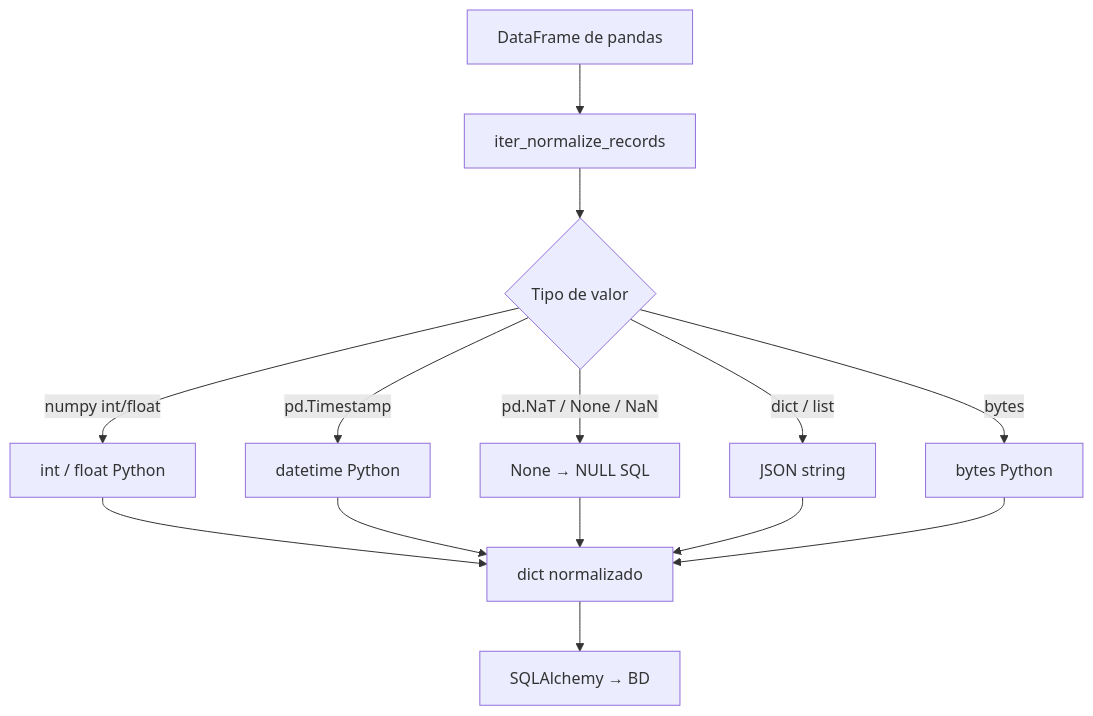
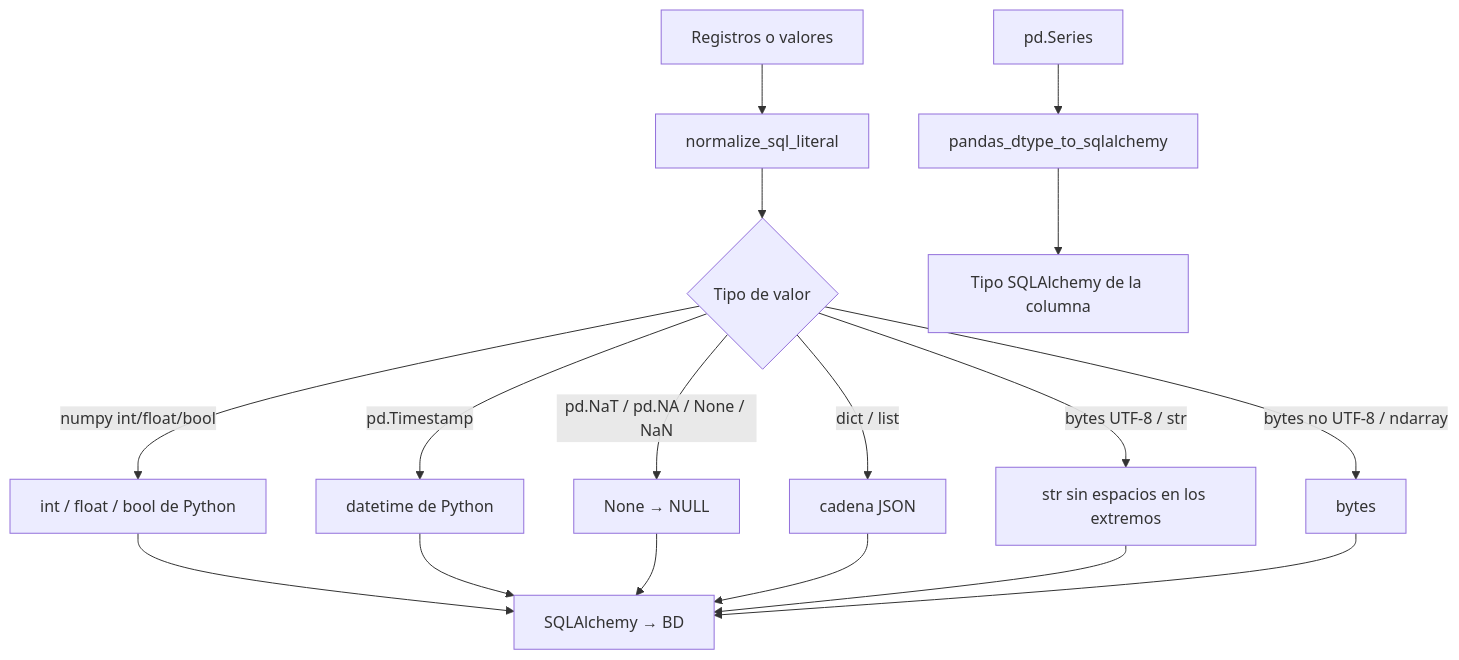
Before and after one commit to fmanza/util_bbdd: the diagram in docs/api/normalize.md, drawn with Mermaid. The commit also changed other lines of this file and 24 other files, not shown here.

````diff
--- a/docs/api/normalize.md
+++ b/docs/api/normalize.md
@@ -7,12 +9,13 @@
 ```mermaid
 flowchart TD
-    A[DataFrame de pandas] --> B[iter_normalize_records]
+    A[Registros o valores] --> B[normalize_sql_literal]
     B --> C{Tipo de valor}
-    C -->|numpy int/float| D[int / float Python]
-    C -->|pd.Timestamp| E[datetime Python]
-    C -->|pd.NaT / None / NaN| F[None → NULL SQL]
-    C -->|dict / list| G[JSON string]
-    C -->|bytes| H[bytes Python]
-    D & E & F & G & H --> I[dict normalizado]
-    I --> J[SQLAlchemy → BD]
+    C -->|numpy int/float/bool| D[int / float / bool de Python]
+    C -->|pd.Timestamp| E[datetime de Python]
+    C -->|pd.NaT / pd.NA / None / NaN| F[None → NULL]
+    C -->|dict / list| G[cadena JSON]
+    C -->|bytes UTF-8 / str| H[str sin espacios en los extremos]
+    C -->|bytes no UTF-8 / ndarray| I[bytes]
+    D & E & F & G & H & I --> J[SQLAlchemy → BD]
+    K[pd.Series] --> L[pandas_dtype_to_sqlalchemy] --> M[Tipo SQLAlchemy de la columna]
 ```
````
